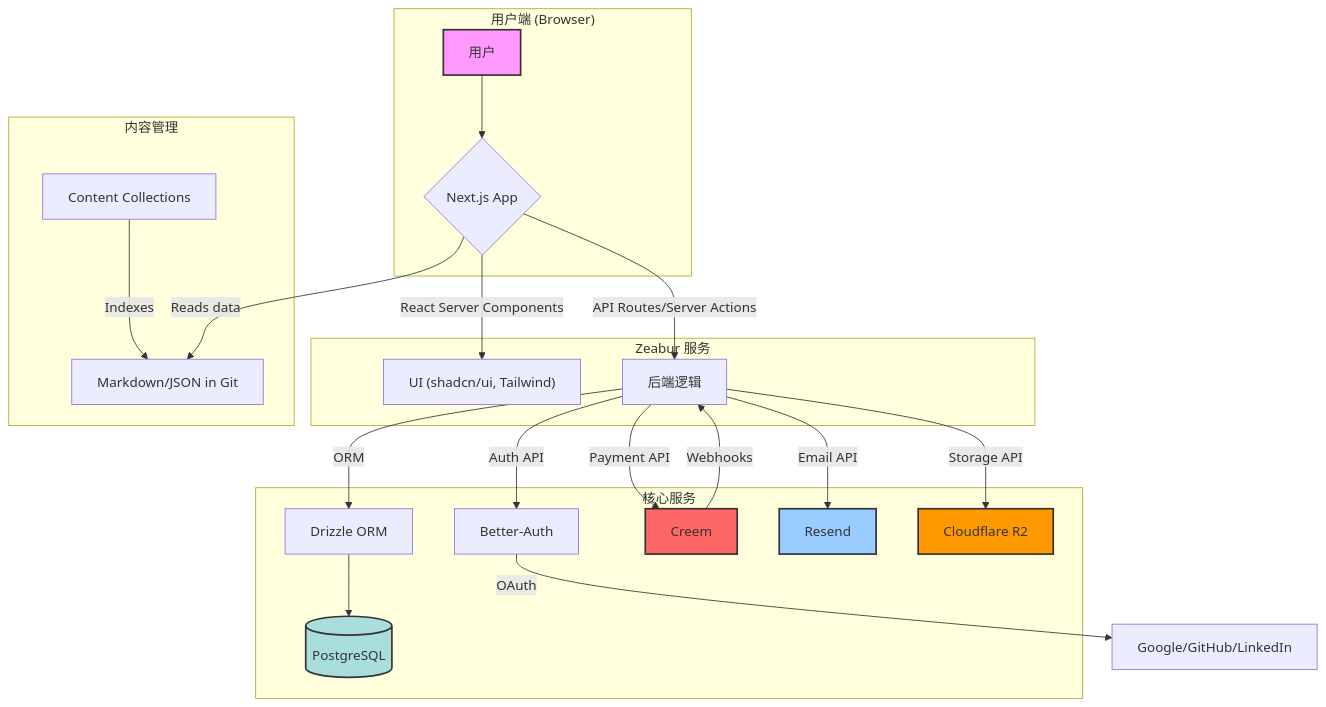
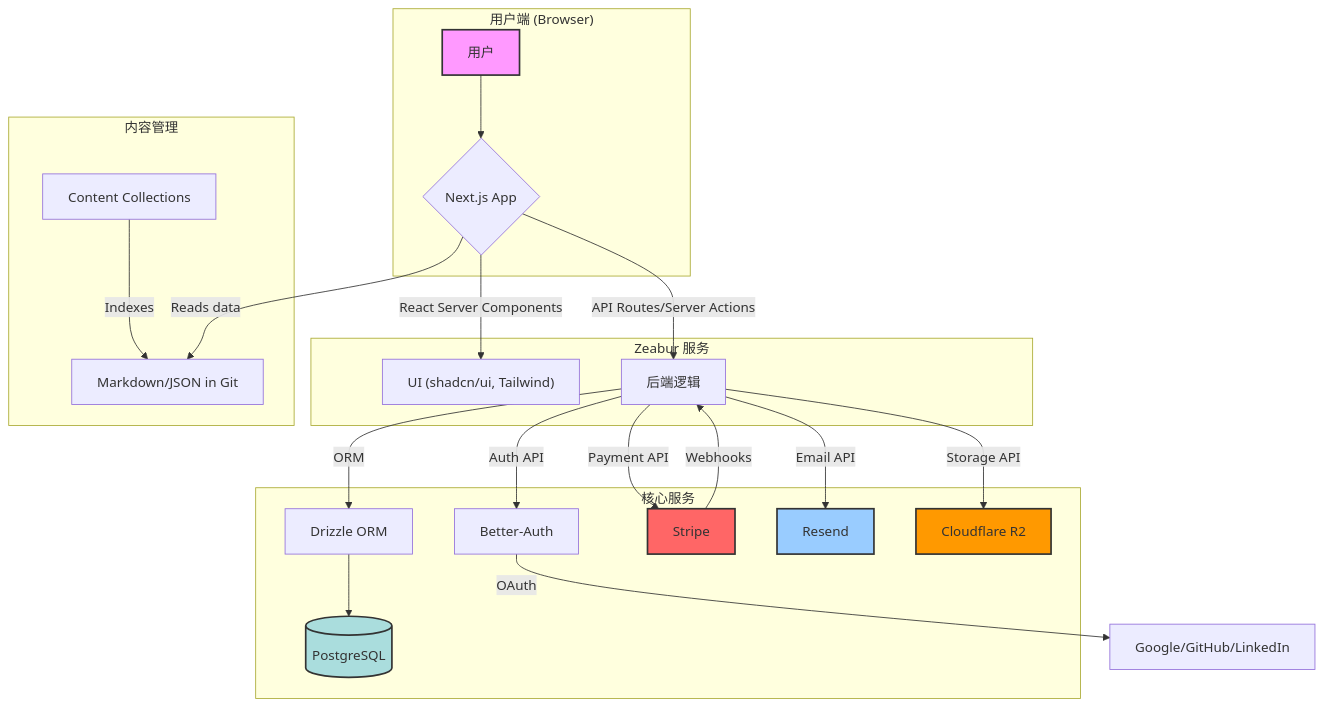
The first of 5 diagrams in content/blog/zh-Hans/saas-starter-kit-developer-guide.md (UllrAI/SaaS-Starter), drawn with Mermaid before and after one commit. The commit also changed other lines of this file and 93 other files, not shown here.

Commit message:
replace Creem billing with Stripe

````diff
--- a/content/blog/zh-Hans/saas-starter-kit-developer-guide.md
+++ b/content/blog/zh-Hans/saas-starter-kit-developer-guide.md
@@ -101,34 +101,34 @@
 ```mermaid
 graph TD
     subgraph "用户端 (Browser)"
         A[用户] --> B{Next.js App};
     end
 
     subgraph "Zeabur 服务"
         B -- React Server Components --> C["UI (shadcn/ui, Tailwind)"];
         B -- API Routes/Server Actions --> D[后端逻辑];
     end
 
     subgraph "核心服务"
         D -- ORM --> E[Drizzle ORM];
         E --> F[(PostgreSQL)];
         D -- Auth API --> G[Better-Auth];
-        D -- Payment API --> H[Creem];
+        D -- Payment API --> H[Stripe];
         D -- Email API --> I[Resend];
         D -- Storage API --> J[Cloudflare R2];
     end
 
     subgraph "内容管理"
         K[Content Collections] -- Indexes --> L[Markdown/JSON in Git];
         B -- Reads data --> L;
     end
 
     G -- OAuth --> M[Google/GitHub/LinkedIn];
     H -- Webhooks --> D;
 
     style A fill:#f9f,stroke:#333,stroke-width:2px;
     style F fill:#add,stroke:#333,stroke-width:2px;
     style J fill:#f90,stroke:#333,stroke-width:2px;
     style H fill:#f66,stroke:#333,stroke-width:2px;
     style I fill:#9cf,stroke:#333,stroke-width:2px;
 ```
````
